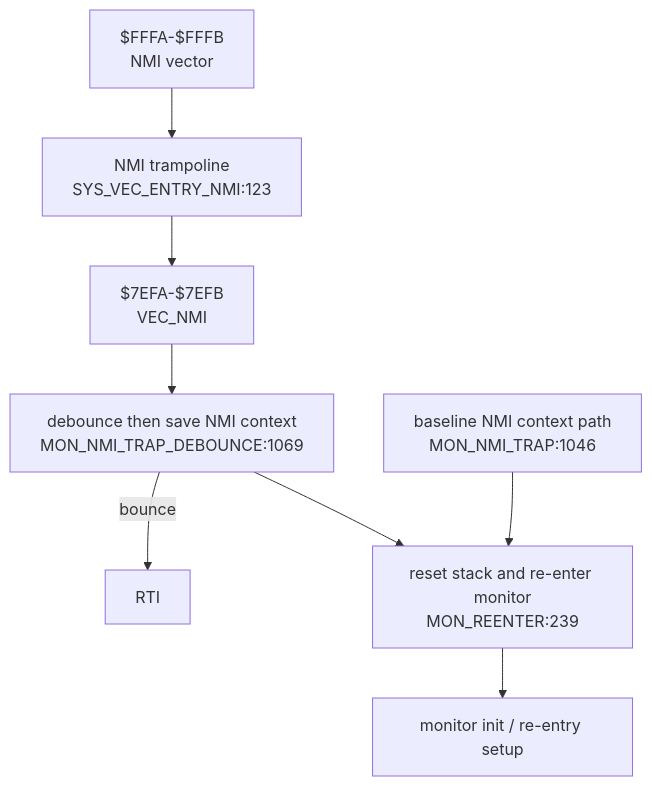
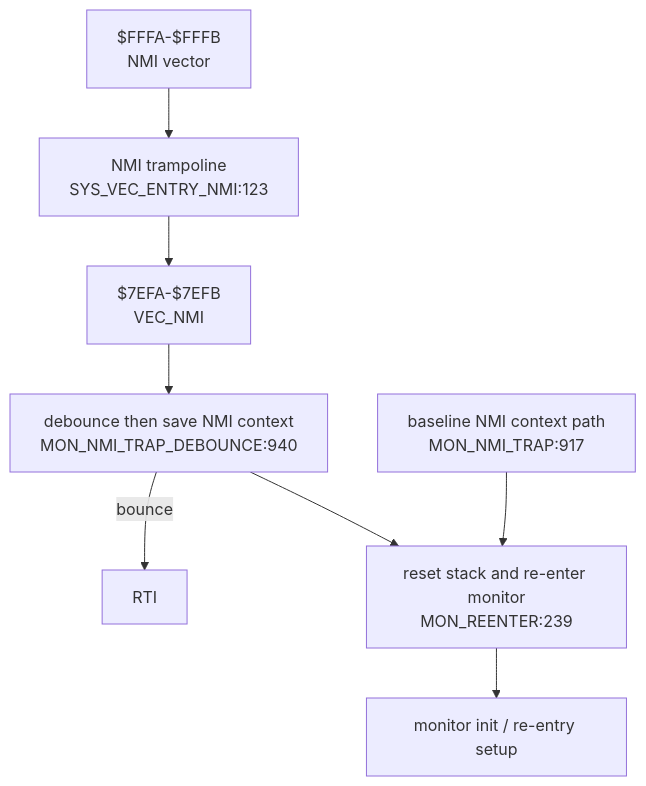
The fourth of 6 diagrams in DOC/GENERATED/INTERRUPT_VECTOR_MAP.md (95westus/R-YORS), drawn with Mermaid before and after one commit. The commit also changed other lines of this file and 65 other files, not shown here.

````diff
--- a/DOC/GENERATED/INTERRUPT_VECTOR_MAP.md
+++ b/DOC/GENERATED/INTERRUPT_VECTOR_MAP.md
@@ -62,10 +62,10 @@
 ```mermaid
 flowchart TD
     NMIV["$FFFA-$FFFB<br/>NMI vector"] --> NMIENTRY["NMI trampoline<br/>SYS_VEC_ENTRY_NMI:123"]
     NMIENTRY --> VECNMI["$7EFA-$7EFB<br/>VEC_NMI"]
-    VECNMI --> NMITRAP["debounce then save NMI context<br/>MON_NMI_TRAP_DEBOUNCE:1069"]
+    VECNMI --> NMITRAP["debounce then save NMI context<br/>MON_NMI_TRAP_DEBOUNCE:940"]
     NMITRAP -->|bounce| RTINMI["RTI"]
     NMITRAP --> REENTER["reset stack and re-enter monitor<br/>MON_REENTER:239"]
-    NMIBASE["baseline NMI context path<br/>MON_NMI_TRAP:1046"] --> REENTER
+    NMIBASE["baseline NMI context path<br/>MON_NMI_TRAP:917"] --> REENTER
     REENTER --> INIT["monitor init / re-entry setup"]
 ```
````
